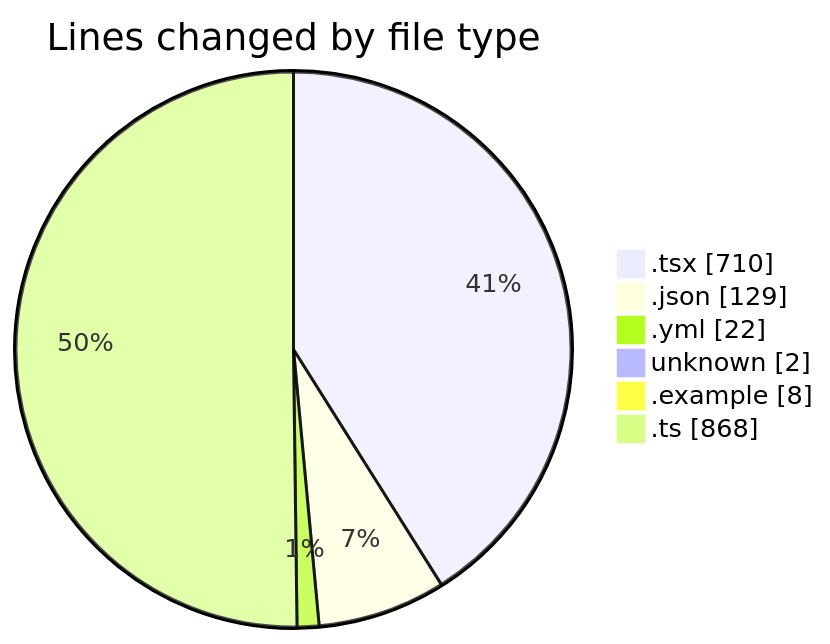
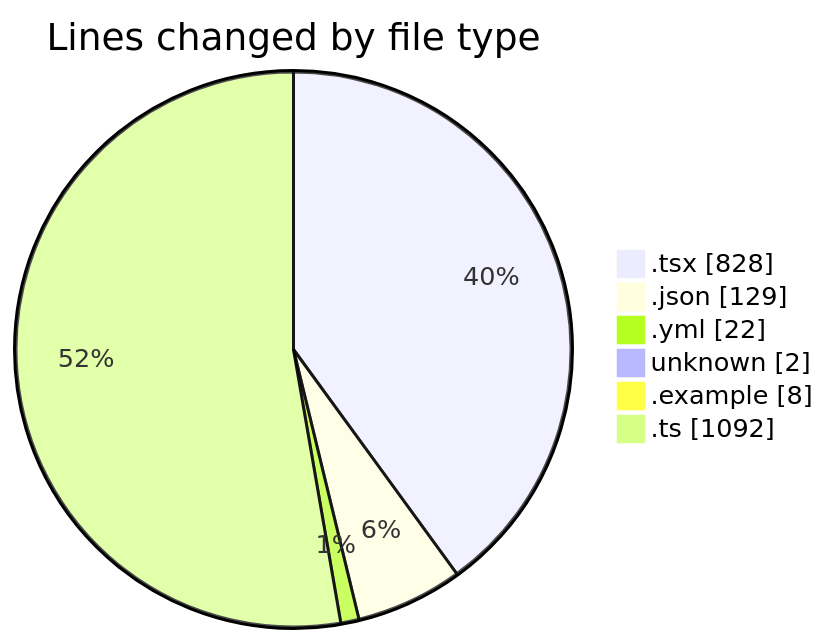
The first of 2 diagrams in 2025-11-21/eventscop-frontend-guide__workspace_/README.md (julien-gomy/code-tracking), drawn with Mermaid before and after one commit. The commit also changed other lines of this file and 1 other file, not shown here.

````diff
--- a/2025-11-21/eventscop-frontend-guide__workspace_/README.md
+++ b/2025-11-21/eventscop-frontend-guide__workspace_/README.md
@@ -35,10 +39,10 @@
 ```mermaid
 pie showData
 title Lines changed by file type
-".tsx" : 710
+".tsx" : 828
 ".json" : 129
 ".yml" : 22
 "unknown" : 2
 ".example" : 8
-".ts" : 868
+".ts" : 1092
 ```
````
